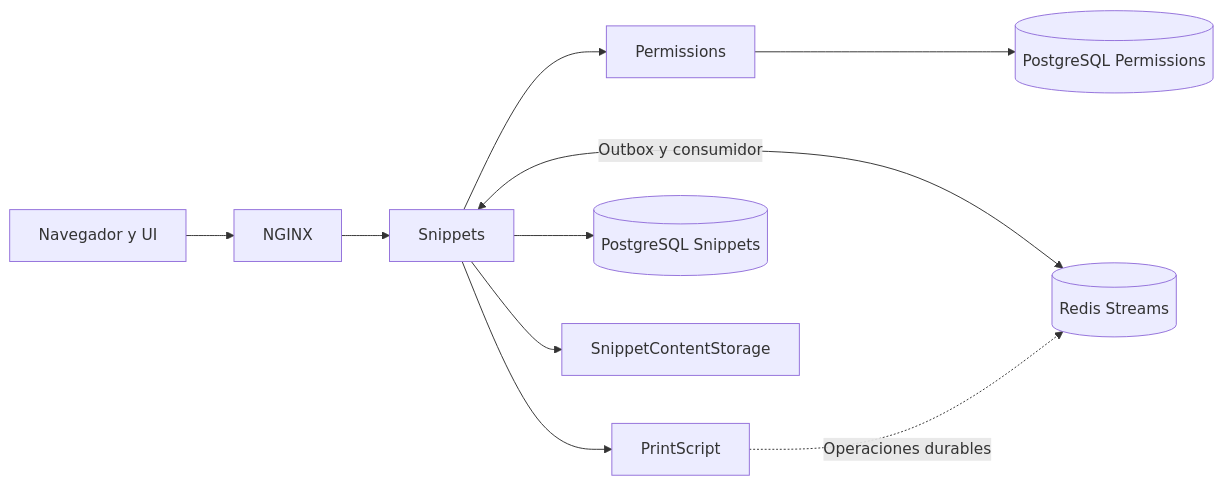
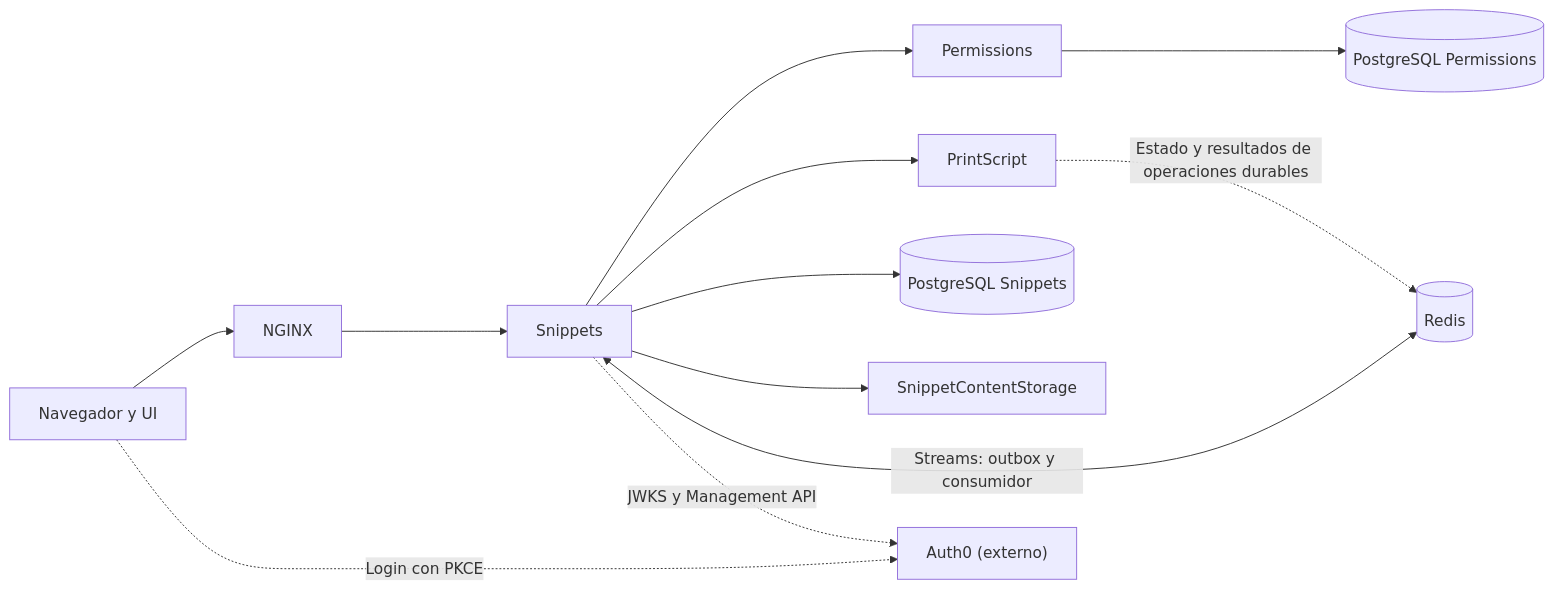
One commit to JJT-INGSIS/snippet-searcher-infra changed the diagram in docs/architecture/README.md. Above: the diagram before and after it, drawn with Mermaid. The commit also changed other lines of this file, not shown here.

Commit message:
docs: clarify Auth0 and Redis in the architecture map (#80)

````diff
--- a/docs/architecture/README.md
+++ b/docs/architecture/README.md
@@ -9,12 +9,14 @@
 ```mermaid
 flowchart LR
     UI[Navegador y UI] --> N[NGINX]
     N --> S[Snippets]
     S --> P[Permissions]
     S --> PS[PrintScript]
     S --> PG[(PostgreSQL Snippets)]
     P --> PP[(PostgreSQL Permissions)]
     S --> ST[SnippetContentStorage]
-    S <-->|Outbox y consumidor| R[(Redis Streams)]
-    PS -.->|Operaciones durables| R
+    S <-->|Streams: outbox y consumidor| R[(Redis)]
+    PS -.->|Estado y resultados de operaciones durables| R
+    UI -.->|Login con PKCE| AUTH["Auth0 (externo)"]
+    S -.->|JWKS y Management API| AUTH
 ```
````
